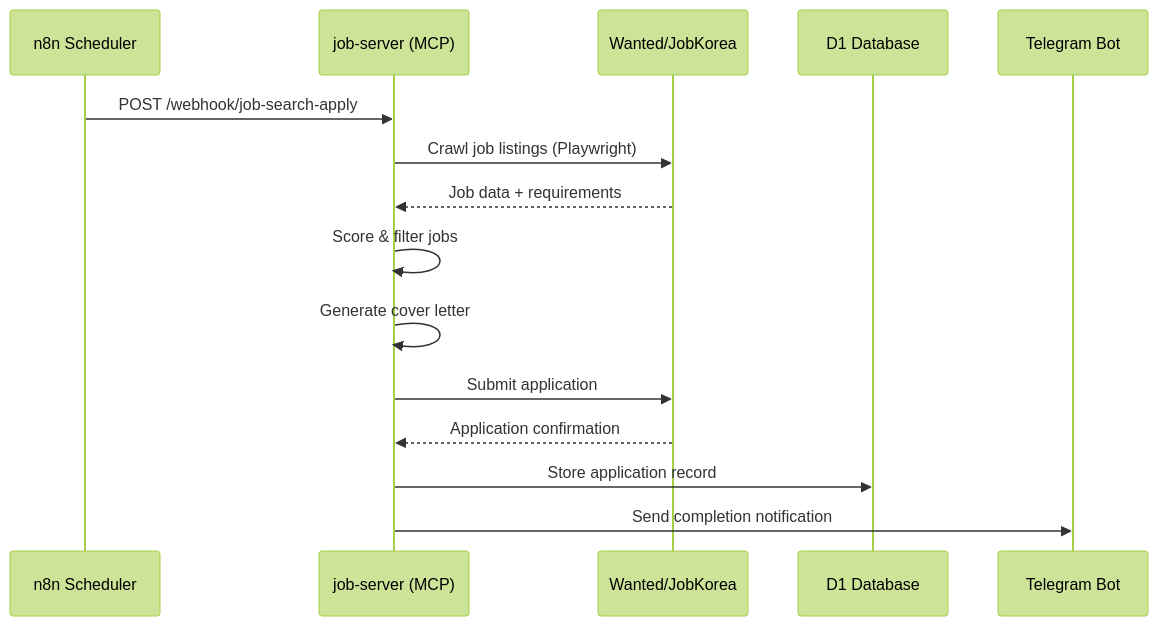
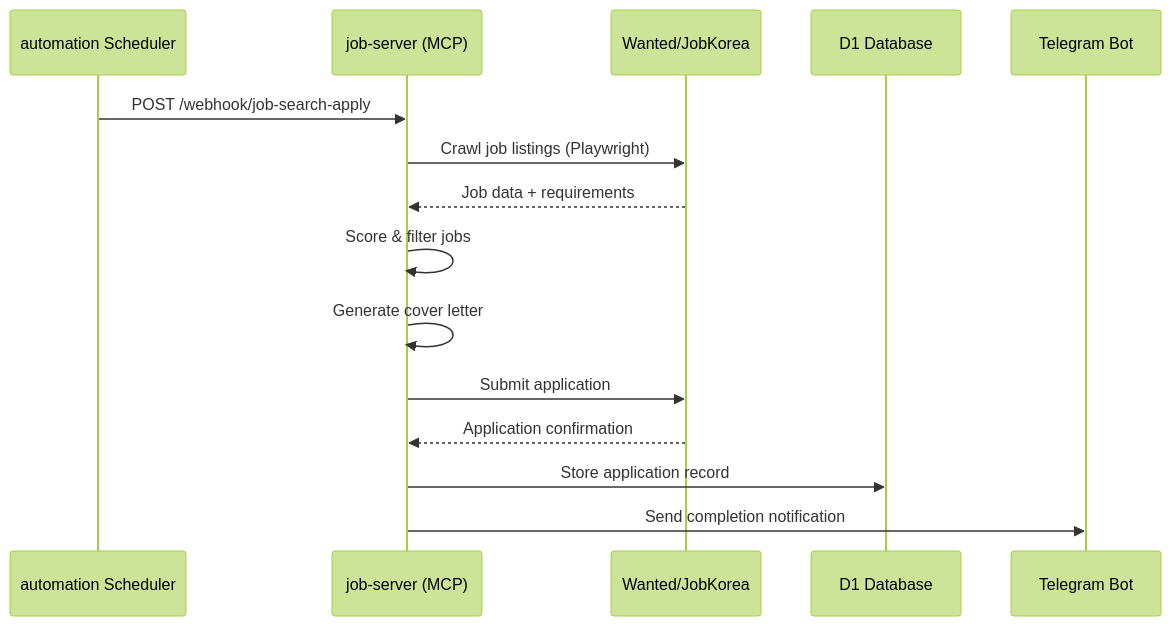
Before and after one commit to jclee941/resume: the diagram in apps/job-server/DATA_FLOW.md, drawn with Mermaid (forest theme). The commit also changed other lines of this file and 233 other files, not shown here.

````diff
--- a/apps/job-server/DATA_FLOW.md
+++ b/apps/job-server/DATA_FLOW.md
@@ -15,18 +15,18 @@
 ```mermaid
 sequenceDiagram
-    participant n8n as n8n Scheduler
+    participant automation as automation Scheduler
     participant js as job-server (MCP)
     participant wp as Wanted/JobKorea
     participant d1 as D1 Database
     participant tg as Telegram Bot
 
-    n8n->>js: POST /webhook/job-search-apply
+    automation->>js: POST /webhook/job-search-apply
     js->>wp: Crawl job listings (Playwright)
     wp-->>js: Job data + requirements
     js->>js: Score & filter jobs
     js->>js: Generate cover letter
     js->>wp: Submit application
     wp-->>js: Application confirmation
     js->>d1: Store application record
     js->>tg: Send completion notification
 ```
````
